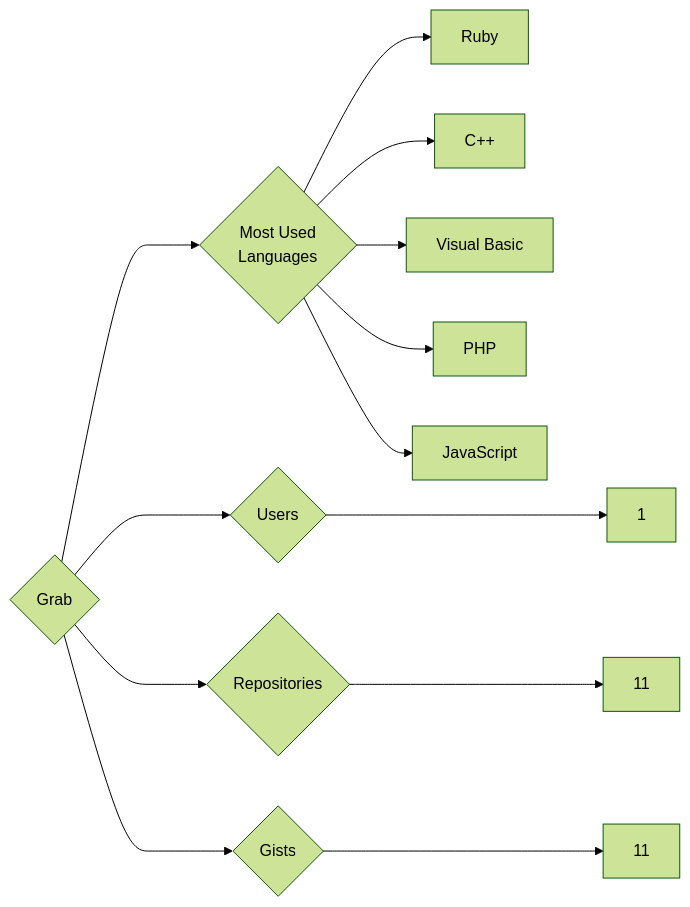
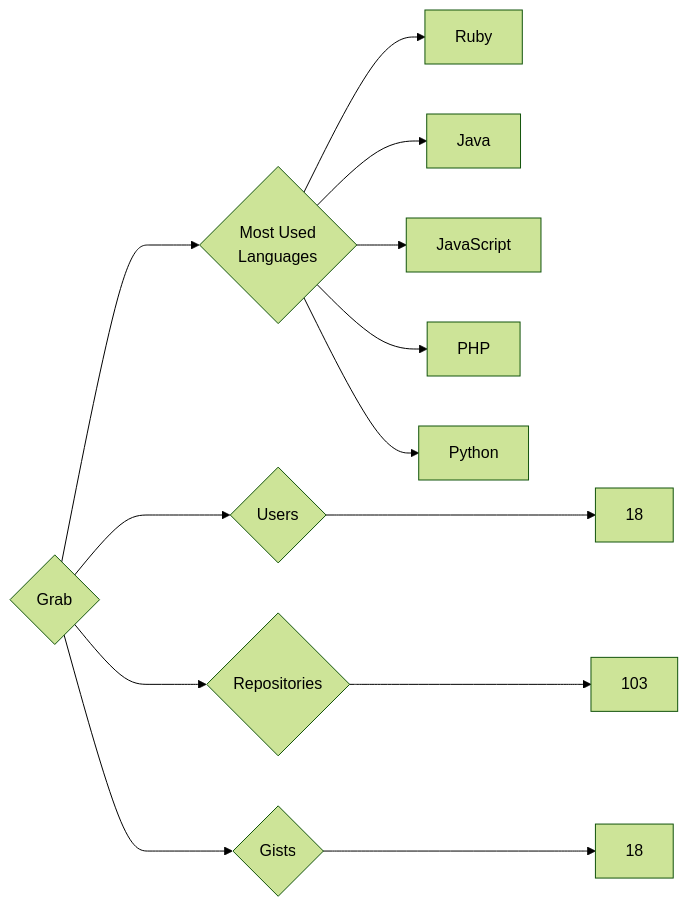
One commit to trickest/insiders changed the diagram in targets/Grab/README.md. Above: the diagram before and after it, drawn with Mermaid (forest theme). The commit also changed 610 other files, not shown here.

````diff
--- a/targets/Grab/README.md
+++ b/targets/Grab/README.md
@@ -3,13 +3,13 @@
 ```mermaid
 graph LR
 COMPANY_NAME{Grab}
-COMPANY_NAME ---> U{Users} ---> UN[1]
-COMPANY_NAME ---> R{Repositories} ---> RN[11]
-COMPANY_NAME ---> G{Gists} ---> GN[11]
+COMPANY_NAME ---> U{Users} ---> UN[18]
+COMPANY_NAME ---> R{Repositories} ---> RN[103]
+COMPANY_NAME ---> G{Gists} ---> GN[18]
 COMPANY_NAME ---> ML{Most Used<br>Languages}
 ML --> Ruby[Ruby]
-ML --> C++[C++]
-ML --> Visual_Basic[Visual Basic]
+ML --> Java[Java]
+ML --> JavaScript[JavaScript]
 ML --> PHP[PHP]
-ML --> JavaScript[JavaScript]
+ML --> Python[Python]
 ```
````
